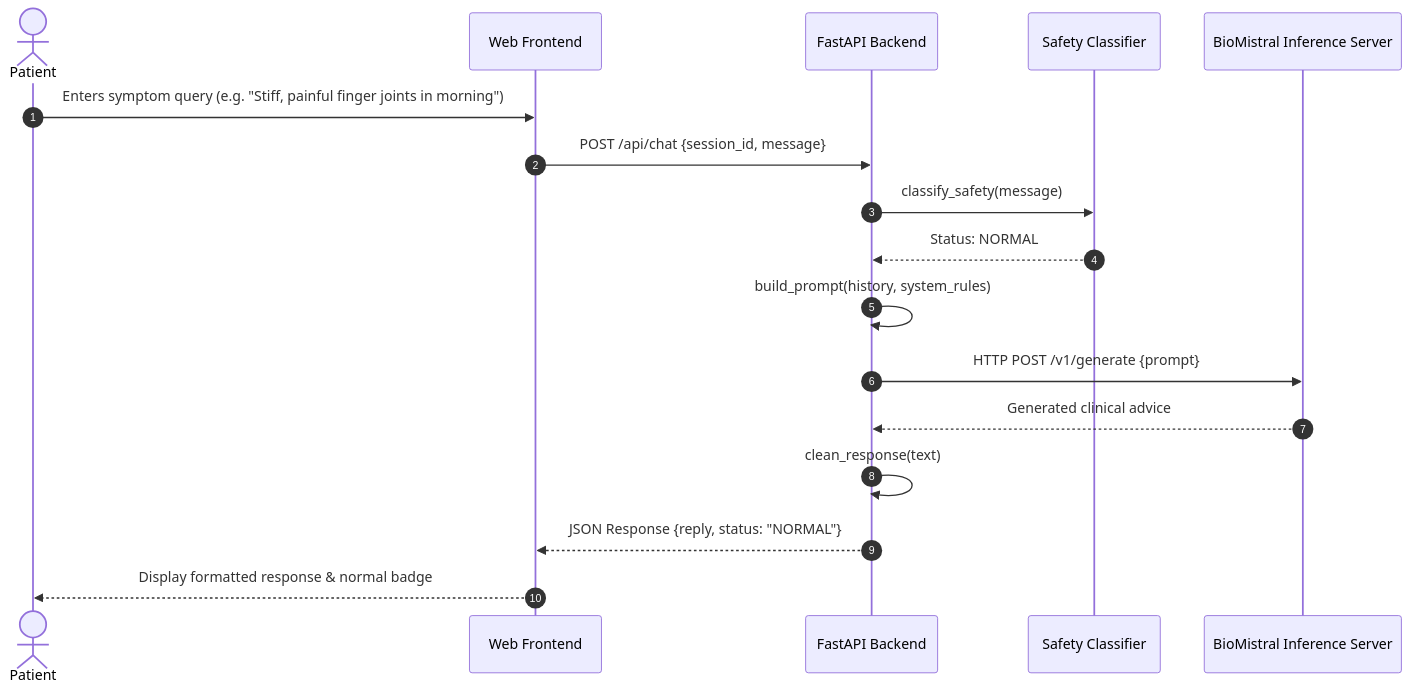
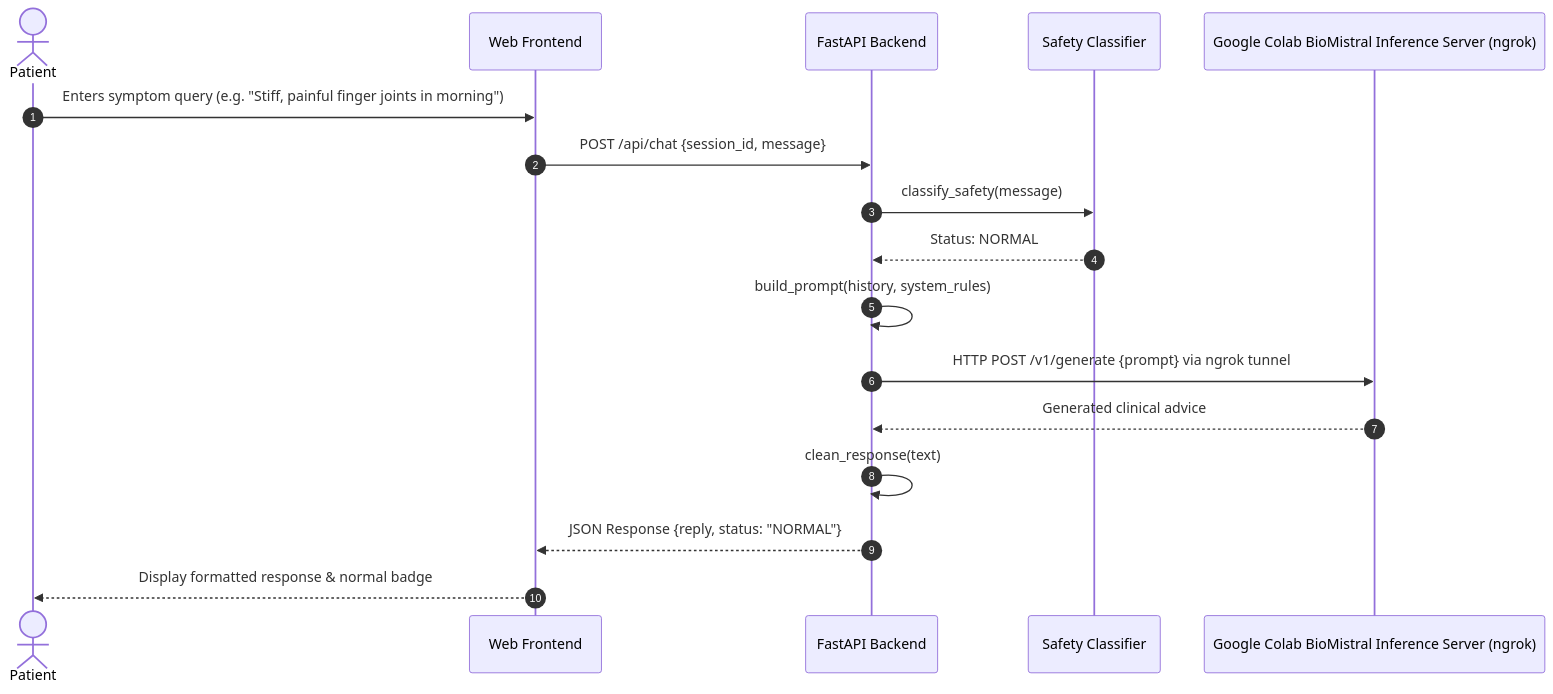
The third of 5 diagrams in README.md (VaibhavK762/ai-telemedicine-chatbot), drawn with Mermaid before and after one commit. The commit also changed other lines of this file, not shown here.

````diff
--- a/README.md
+++ b/README.md
@@ -108,20 +108,20 @@
 ```mermaid
 sequenceDiagram
     autonumber
     actor User as Patient
     participant FE as Web Frontend
     participant BE as FastAPI Backend
     participant Triage as Safety Classifier
-    participant LLM as BioMistral Inference Server
+    participant LLM as Google Colab BioMistral Inference Server (ngrok)
 
     User->>FE: Enters symptom query (e.g. "Stiff, painful finger joints in morning")
     FE->>BE: POST /api/chat {session_id, message}
     BE->>Triage: classify_safety(message)
     Triage-->>BE: Status: NORMAL
     BE->>BE: build_prompt(history, system_rules)
-    BE->>LLM: HTTP POST /v1/generate {prompt}
+    BE->>LLM: HTTP POST /v1/generate {prompt} via ngrok tunnel
     LLM-->>BE: Generated clinical advice
     BE->>BE: clean_response(text)
     BE-->>FE: JSON Response {reply, status: "NORMAL"}
     FE-->>User: Display formatted response & normal badge
 ```
````
